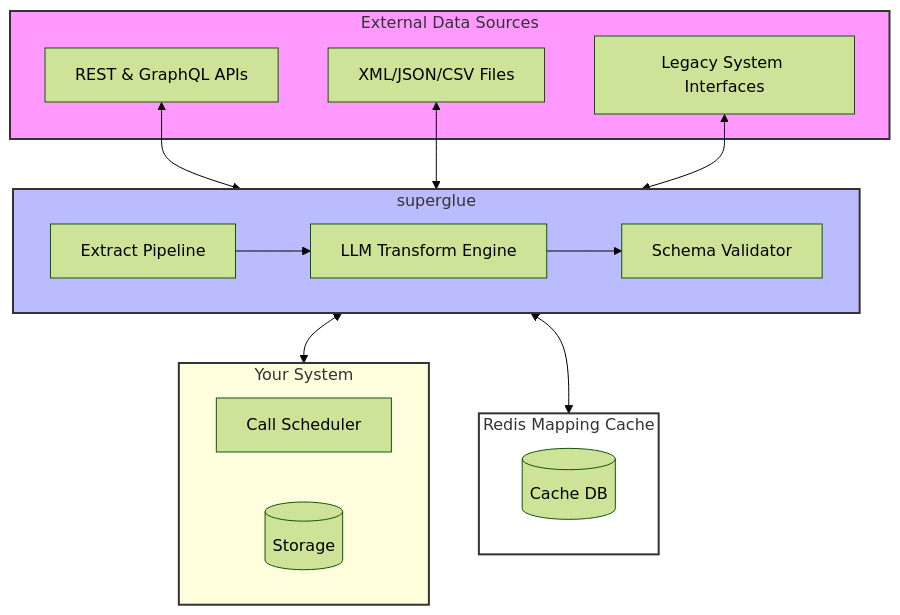
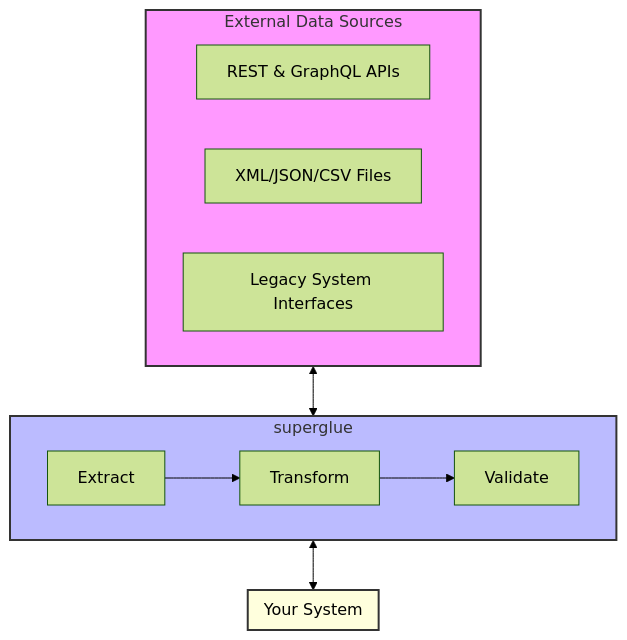
The diagram in README.md (superglue-ai/superglue), drawn with Mermaid (forest theme) before and after one commit. The commit also changed other lines of this file, not shown here.

Commit message:
simplify architecture graph

````diff
--- a/README.md
+++ b/README.md
@@ -182,43 +182,33 @@
 ```mermaid
 flowchart TB
     subgraph DataSources[External Data Sources]
         A1[REST & GraphQL APIs]
         A2[XML/JSON/CSV Files]
         A3[Legacy System Interfaces]
     end
 
     subgraph SuperglueLayer[superglue]
-        P1[Extract Pipeline]
-        E1[LLM Transform Engine]
-        C1[Schema Validator]
-    end
-
-    subgraph Redis[Redis Mapping Cache]
-        R1[(Cache DB)]
+        P1[Extract]
+        E1[Transform]
+        C1[Validate]
     end
     
     subgraph YourSoftware[Your System]
-        CallScheduler[Call Scheduler]
-        DB[(Storage)]
     end
     
 
     %% Main data flow
-    A1 & A2 & A3 <--> SuperglueLayer
+    DataSources <--> SuperglueLayer
     P1 --> E1
     E1 --> C1
     SuperglueLayer <--> YourSoftware
-    SuperglueLayer <--> Redis
     
     %% Styling
     classDef sourceStyle fill:#f9f,stroke:#333,stroke-width:2px
     classDef superglueStyle fill:#bbf,stroke:#333,stroke-width:2px
-    classDef storageStyle fill:#bfb,stroke:#333,stroke-width:2px
     classDef supportStyle fill:#ffd,stroke:#333,stroke-width:2px
-    classDef redisStyle fill:#fff,stroke:#333,stroke-width:2px
     
     class DataSources sourceStyle
     class SuperglueLayer superglueStyle
-    class Redis redisStyle
     class YourSoftware supportStyle
 ```
````
